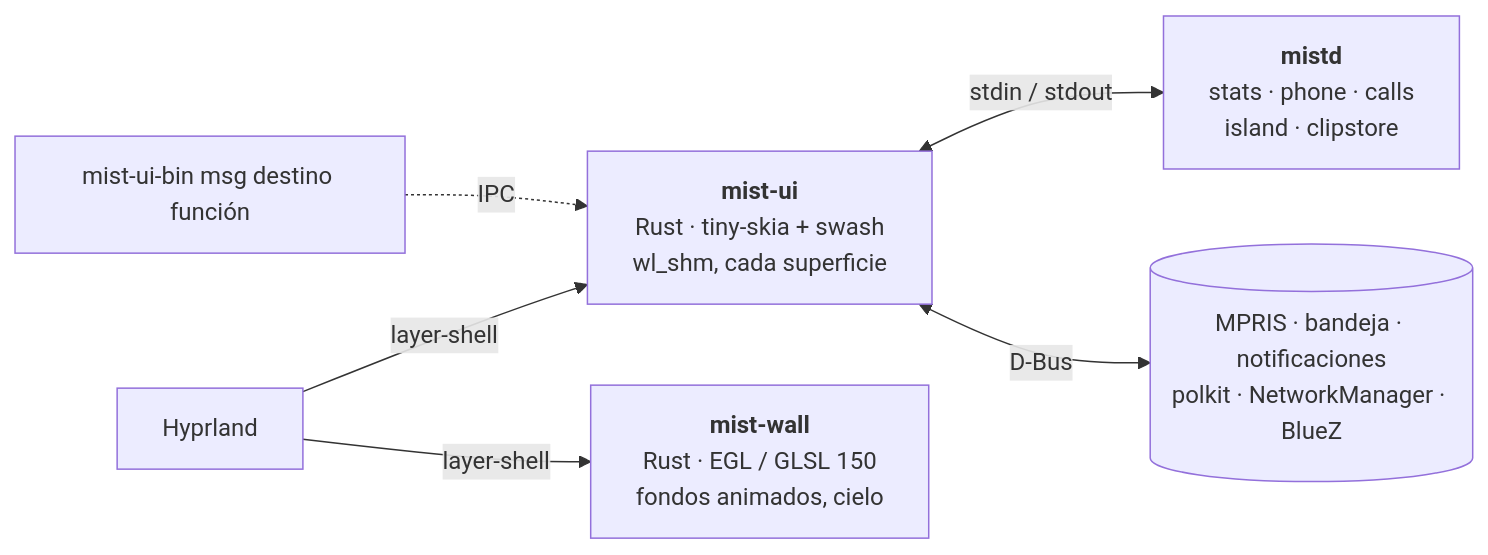
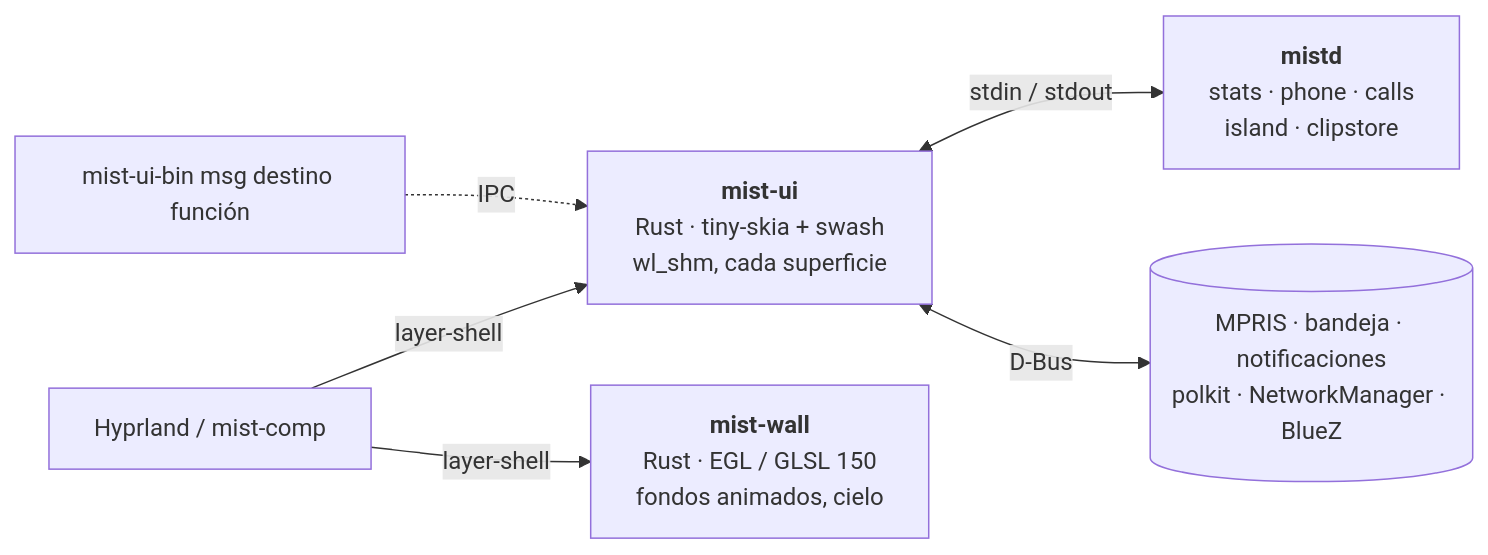
Before and after one commit to wiktor-jozwiak/mist: the diagram in docs/i18n/README.es.md, drawn with Mermaid. The commit also changed other lines of this file and 6 other files, not shown here.

First line of the commit message:
README (all languages): mist-comp section and benchmarks, compositor tiles

````diff
--- a/docs/i18n/README.es.md
+++ b/docs/i18n/README.es.md
@@ -151,8 +196,8 @@
 ```mermaid
 flowchart LR
-    H[Hyprland] -- layer-shell --> UI["<b>mist-ui</b><br/>Rust · tiny-skia + swash<br/>wl_shm, cada superficie"]
+    H["Hyprland / mist-comp"] -- layer-shell --> UI["<b>mist-ui</b><br/>Rust · tiny-skia + swash<br/>wl_shm, cada superficie"]
     H -- layer-shell --> W["<b>mist-wall</b><br/>Rust · EGL / GLSL 150<br/>fondos animados, cielo"]
     UI <-- "stdin / stdout" --> D["<b>mistd</b><br/>stats · phone · calls<br/>island · clipstore"]
     UI <-- D-Bus --> S[(MPRIS · bandeja · notificaciones<br/>polkit · NetworkManager · BlueZ)]
     CLI["mist-ui-bin msg destino función"] -. IPC .-> UI
 ```
````
